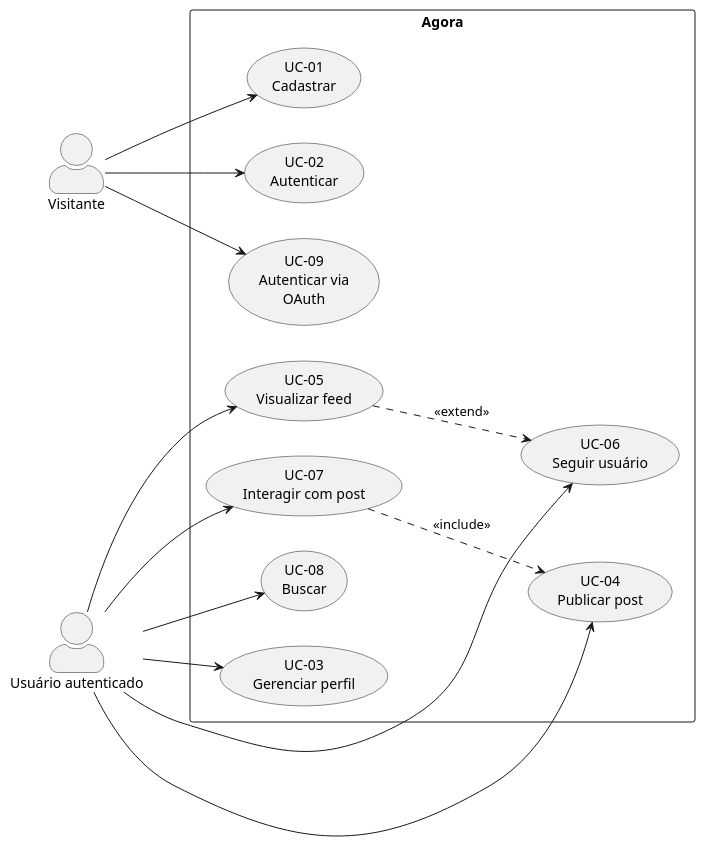
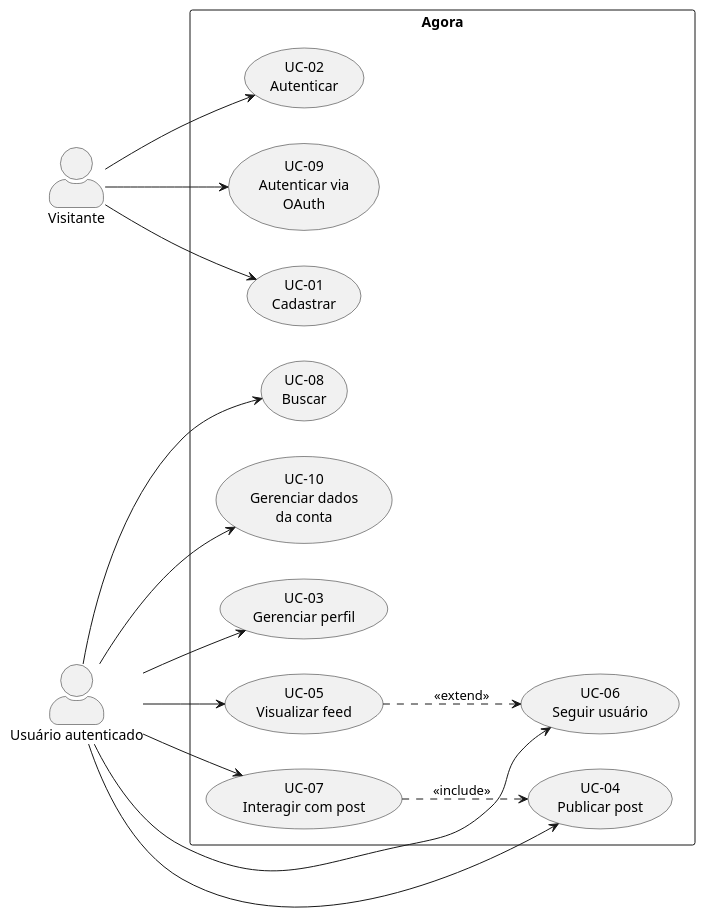
One commit to Agora-s-Space/Social.Agora changed the diagram in Agora.Docs/01 Requisitos/Casos de Uso.md. Above: the diagram before and after it, drawn with PlantUML. The commit also changed other lines of this file and 28 other files, not shown here.

````diff
--- a/Agora.Docs/01 Requisitos/Casos de Uso.md
+++ b/Agora.Docs/01 Requisitos/Casos de Uso.md
@@ -12,35 +12,37 @@
 ```plantuml
 @startuml
 left to right direction
 skinparam actorStyle awesome
 skinparam packageStyle rectangle
 
 rectangle "Agora" as Sistema {
   usecase "UC-01\nCadastrar" as UC1
   usecase "UC-02\nAutenticar" as UC2
   usecase "UC-03\nGerenciar perfil" as UC3
   usecase "UC-04\nPublicar post" as UC4
   usecase "UC-05\nVisualizar feed" as UC5
   usecase "UC-06\nSeguir usuário" as UC6
   usecase "UC-07\nInteragir com post" as UC7
   usecase "UC-08\nBuscar" as UC8
   usecase "UC-09\nAutenticar via\nOAuth" as UC9
+  usecase "UC-10\nGerenciar dados\nda conta" as UC10
 }
 
 actor "Visitante" as V
 actor "Usuário autenticado" as U
 
 V --> UC1
 V --> UC2
 V --> UC9
 U --> UC3
 U --> UC4
 U --> UC5
 U --> UC6
 U --> UC7
 U --> UC8
+U --> UC10
 
 UC7 ..> UC4 : <<include>>
 UC5 ..> UC6 : <<extend>>
 @enduml
 ```
````
